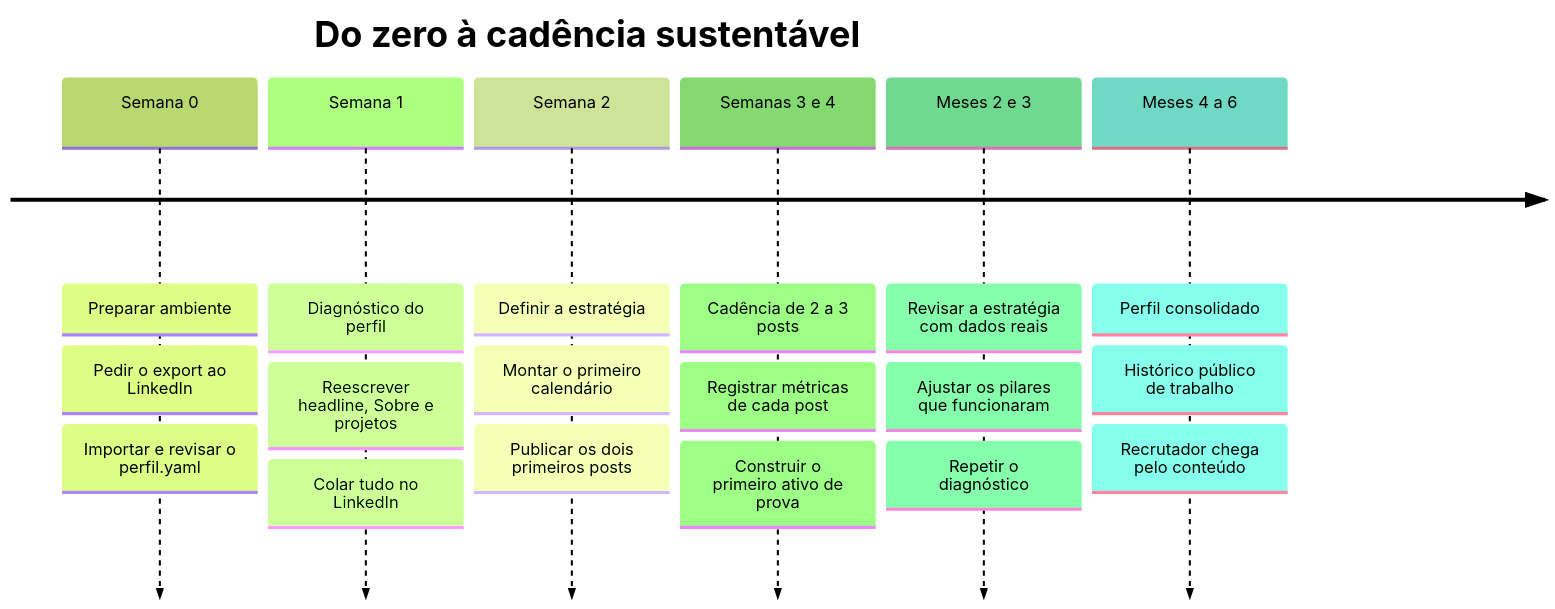
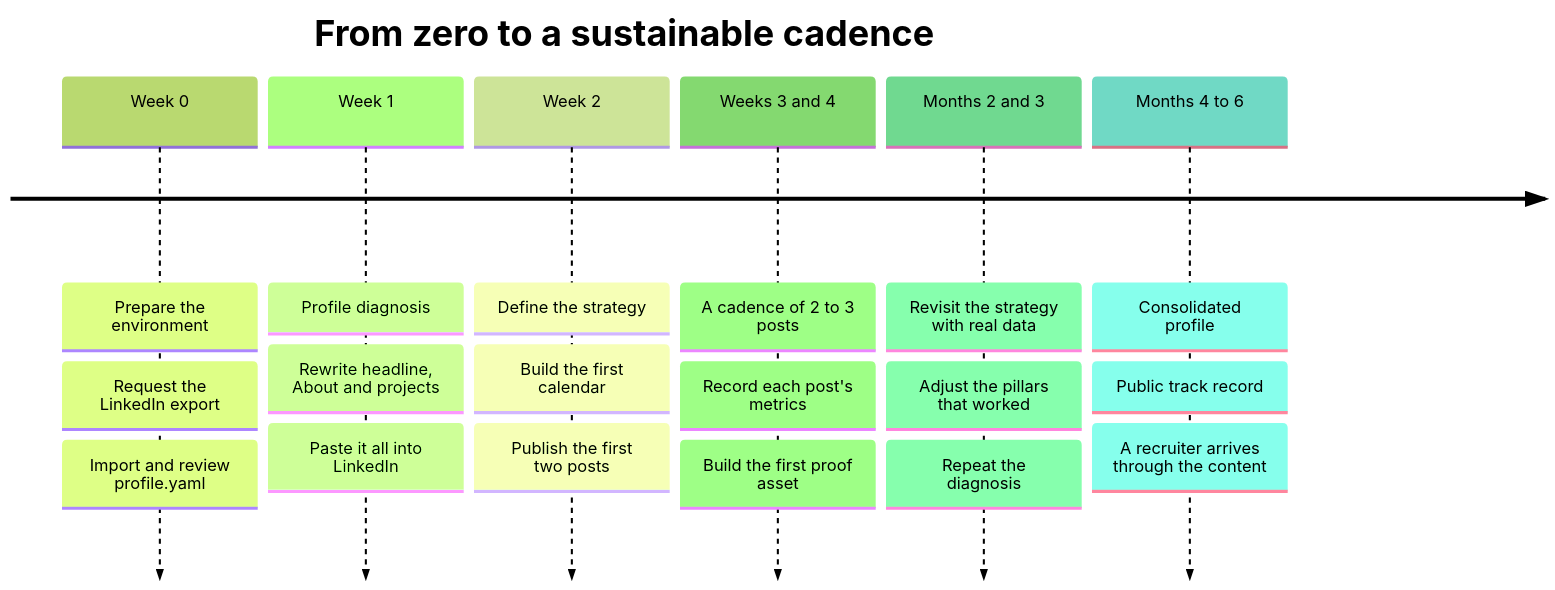
Before and after one commit to gabrantoniette/linkedin-growth-agents: the second of 4 diagrams in docs/roadmap.md, drawn with Mermaid (forest theme). The commit also changed other lines of this file and 48 other files, not shown here.

````diff
--- a/docs/roadmap.md
+++ b/docs/roadmap.md
@@ -48,10 +48,10 @@
 ```mermaid
 timeline
-    title Do zero à cadência sustentável
-    Semana 0 : Preparar ambiente : Pedir o export ao LinkedIn : Importar e revisar o perfil.yaml
-    Semana 1 : Diagnóstico do perfil : Reescrever headline, Sobre e projetos : Colar tudo no LinkedIn
-    Semana 2 : Definir a estratégia : Montar o primeiro calendário : Publicar os dois primeiros posts
-    Semanas 3 e 4 : Cadência de 2 a 3 posts : Registrar métricas de cada post : Construir o primeiro ativo de prova
-    Meses 2 e 3 : Revisar a estratégia com dados reais : Ajustar os pilares que funcionaram : Repetir o diagnóstico
-    Meses 4 a 6 : Perfil consolidado : Histórico público de trabalho : Recrutador chega pelo conteúdo
+    title From zero to a sustainable cadence
+    Week 0 : Prepare the environment : Request the LinkedIn export : Import and review profile.yaml
+    Week 1 : Profile diagnosis : Rewrite headline, About and projects : Paste it all into LinkedIn
+    Week 2 : Define the strategy : Build the first calendar : Publish the first two posts
+    Weeks 3 and 4 : A cadence of 2 to 3 posts : Record each post's metrics : Build the first proof asset
+    Months 2 and 3 : Revisit the strategy with real data : Adjust the pillars that worked : Repeat the diagnosis
+    Months 4 to 6 : Consolidated profile : Public track record : A recruiter arrives through the content
 ```
````
